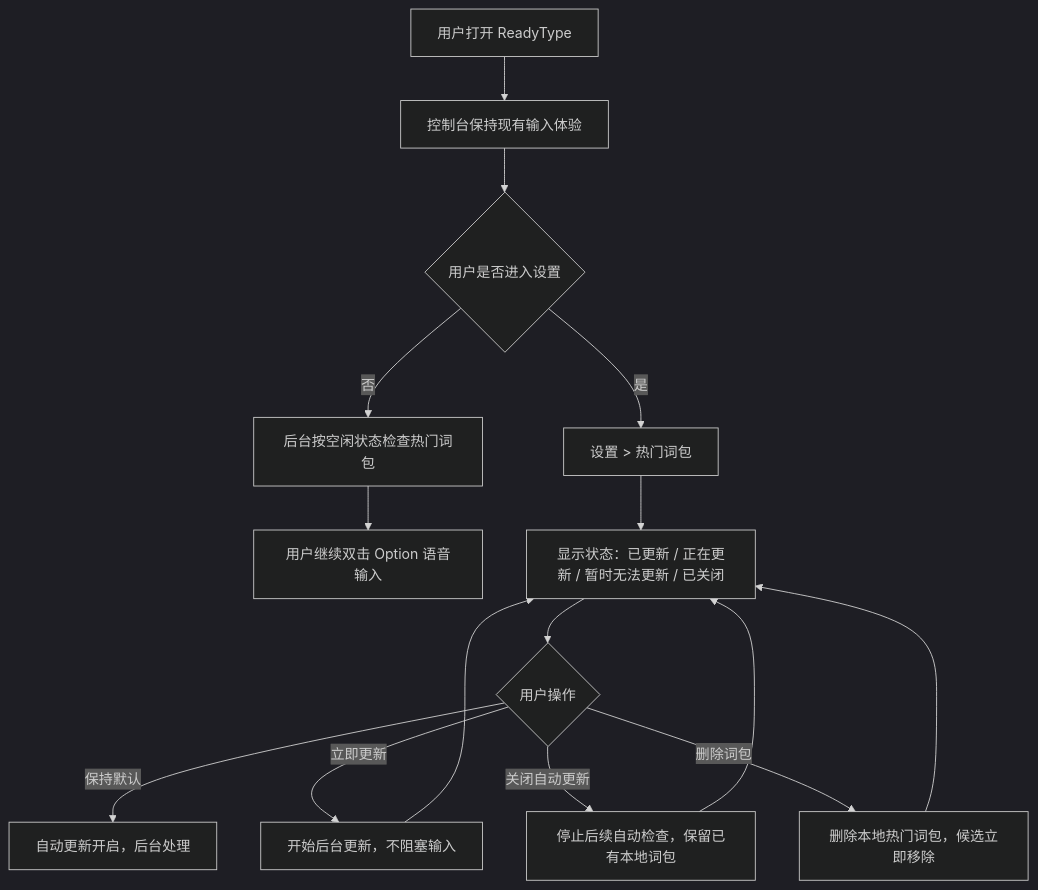
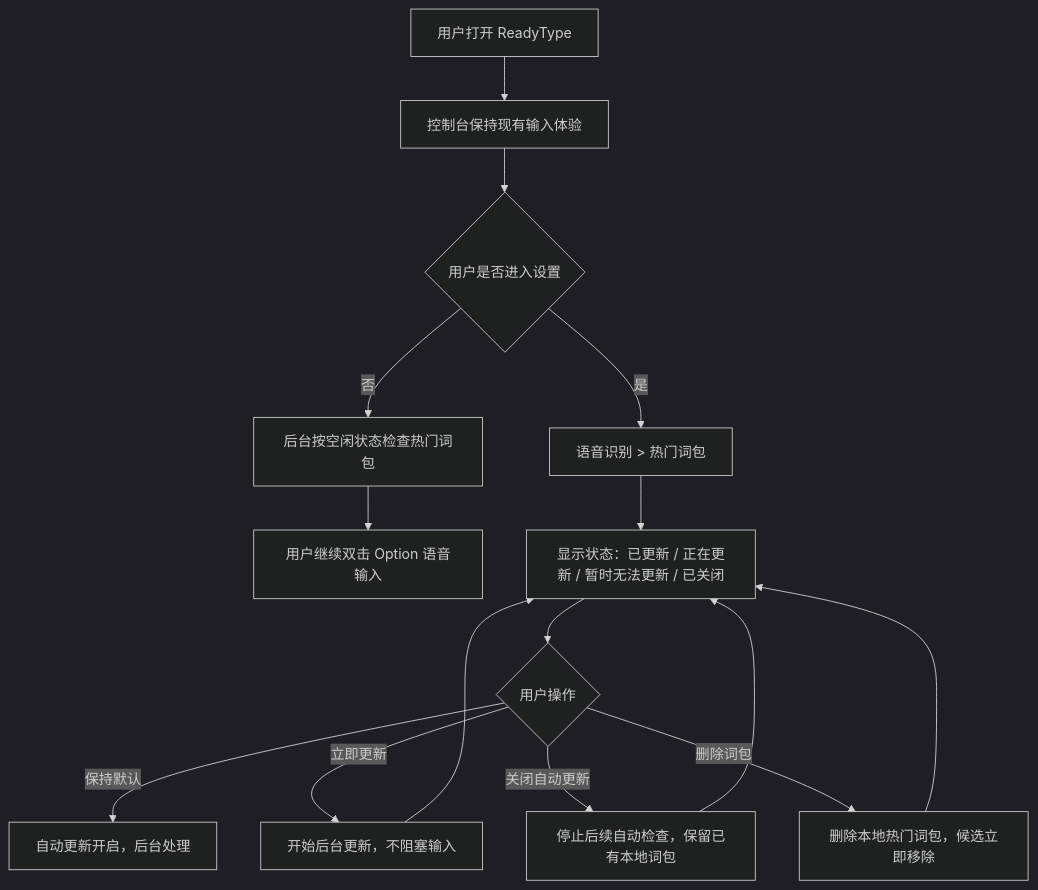
One commit to whnnick/readytype changed the first of 4 diagrams in docs/versions/1.4.0/INTERACTION_FLOW.zh-CN.md. Above: the diagram before and after it, drawn with Mermaid (dark theme). The commit also changed other lines of this file and 14 other files, not shown here.

````diff
--- a/docs/versions/1.4.0/INTERACTION_FLOW.zh-CN.md
+++ b/docs/versions/1.4.0/INTERACTION_FLOW.zh-CN.md
@@ -7,17 +7,17 @@
 ```mermaid
 flowchart TD
     A["用户打开 ReadyType"] --> B["控制台保持现有输入体验"]
     B --> C{"用户是否进入设置"}
     C -- "否" --> D["后台按空闲状态检查热门词包"]
     D --> E["用户继续双击 Option 语音输入"]
-    C -- "是" --> F["设置 > 热门词包"]
+    C -- "是" --> F["语音识别 > 热门词包"]
     F --> G["显示状态：已更新 / 正在更新 / 暂时无法更新 / 已关闭"]
     G --> H{"用户操作"}
     H -- "保持默认" --> I["自动更新开启，后台处理"]
     H -- "立即更新" --> J["开始后台更新，不阻塞输入"]
     H -- "关闭自动更新" --> K["停止后续自动检查，保留已有本地词包"]
     H -- "删除词包" --> L["删除本地热门词包，候选立即移除"]
     J --> G
     K --> G
     L --> G
 ```
````
